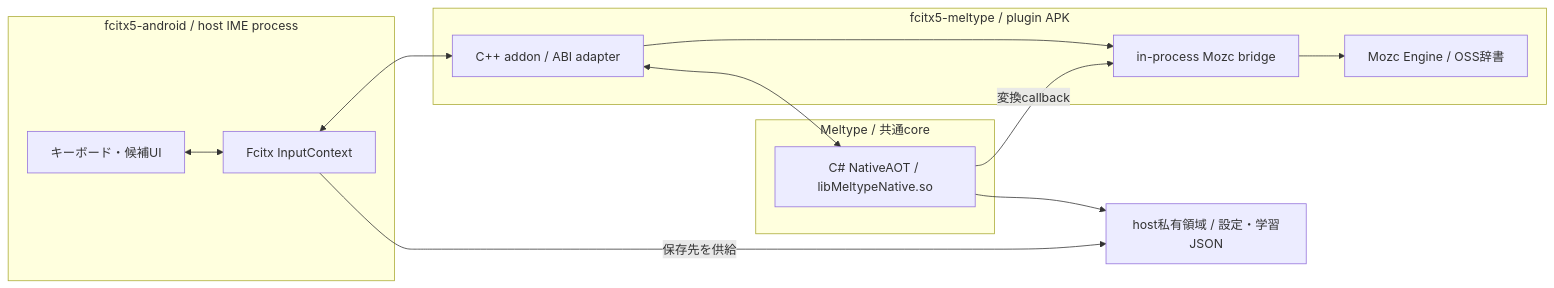
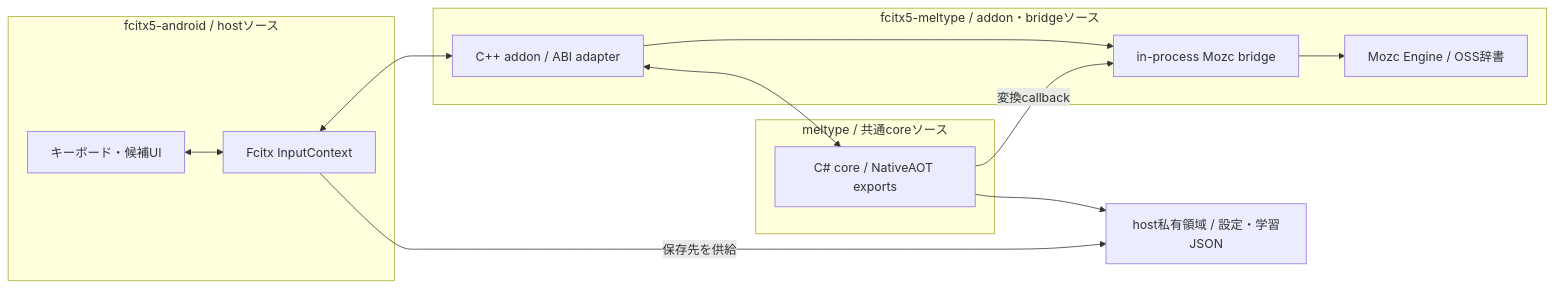
Before and after one commit to hogehonya/fcitx5-meltype: the first of 5 diagrams in docs/ARCHITECTURE.md, drawn with Mermaid. The commit also changed other lines of this file and 4 other files, not shown here.

````diff
--- a/docs/ARCHITECTURE.md
+++ b/docs/ARCHITECTURE.md
@@ -19,24 +19,24 @@
 ```mermaid
 %%{init: {"themeVariables": {"fontFamily": "IBM Plex Sans JP"}}}%%
 flowchart LR
-    subgraph Host[fcitx5-android / host IME process]
+    subgraph Host[fcitx5-android / hostソース]
         UI[キーボード・候補UI]
         F[Fcitx InputContext]
         UI <--> F
     end
-    subgraph Plugin[fcitx5-meltype / plugin APK]
+    subgraph Plugin[fcitx5-meltype / addon・bridgeソース]
         A[C++ addon / ABI adapter]
         B[in-process Mozc bridge]
         M[Mozc Engine / OSS辞書]
         A --> B
         B --> M
     end
-    subgraph Core[Meltype / 共通core]
-        C[C# NativeAOT / libMeltypeNative.so]
+    subgraph Core[meltype / 共通coreソース]
+        C[C# core / NativeAOT exports]
     end
     F <--> A
     A <--> C
     C -->|変換callback| B
     C --> D[host私有領域 / 設定・学習JSON]
     F -->|保存先を供給| D
 ```
````
